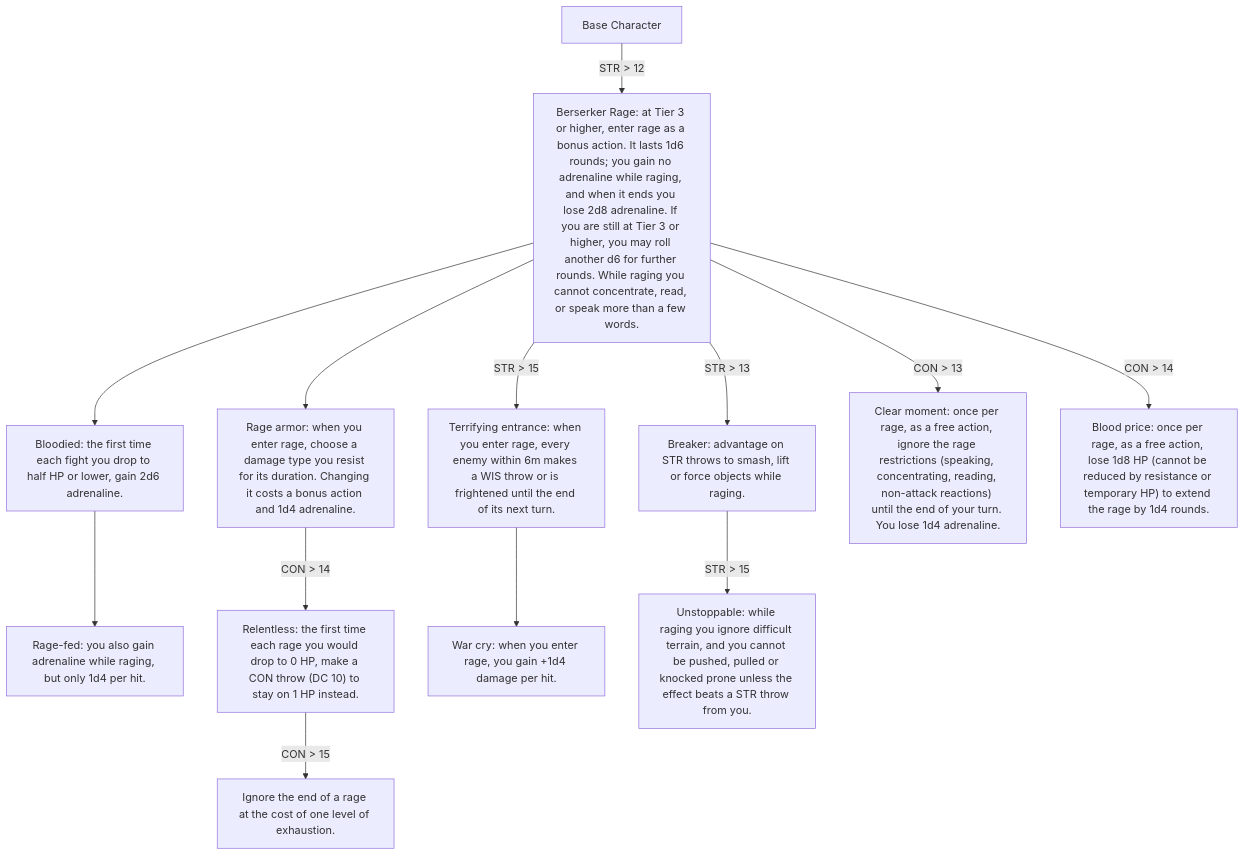
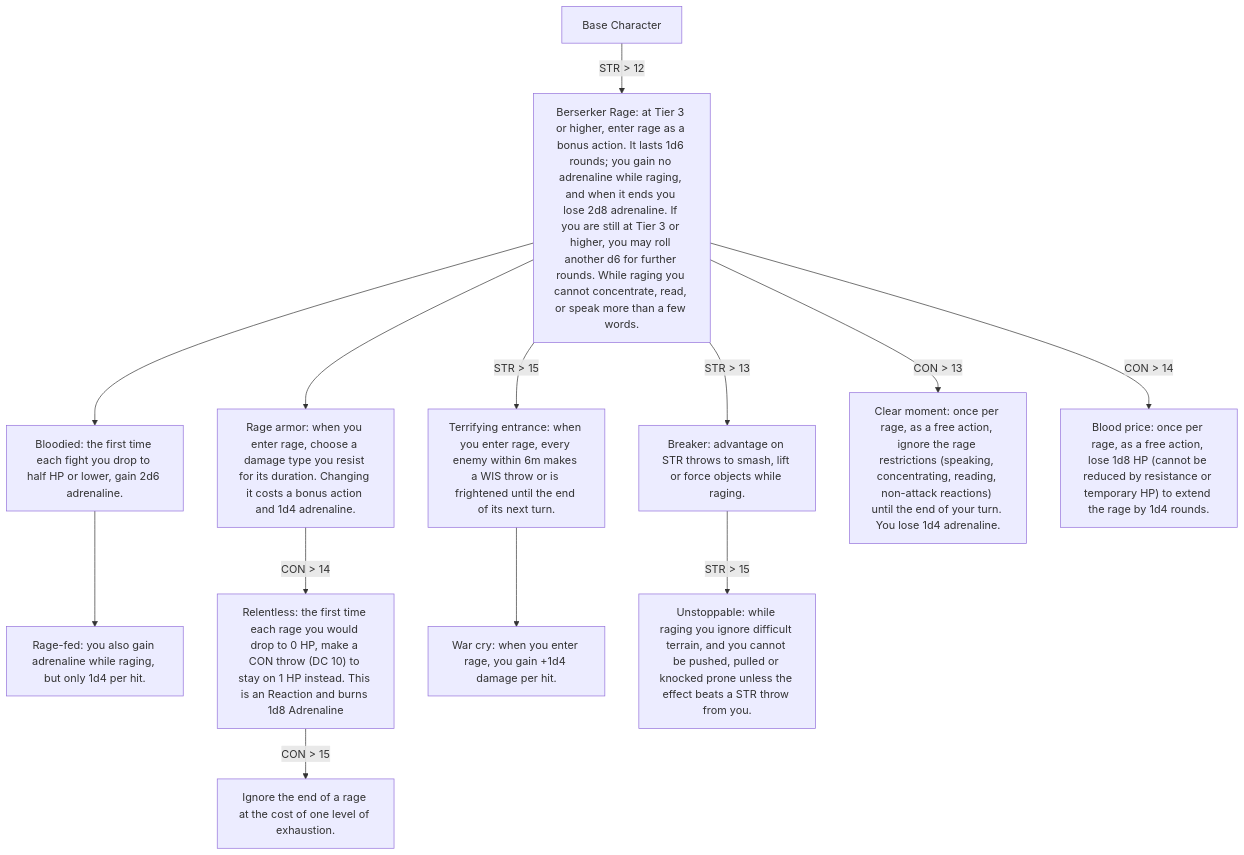
Diagram 16 of 37 in Homebrew/Classes and Races/Classes/Class-Handbook.md (WiIdNeo/DnD-RealismHomeBrew), drawn with Mermaid before and after one commit. The commit also changed other lines of this file and 9 other files, not shown here.

````diff
--- a/Homebrew/Classes and Races/Classes/Class-Handbook.md
+++ b/Homebrew/Classes and Races/Classes/Class-Handbook.md
@@ -497,31 +520,31 @@
 ```mermaid
 flowchart TD
 
 A[Base Character]
 
 1["Berserker Rage: at Tier 3 or higher, enter rage as a bonus action. It lasts 1d6 rounds; you gain no adrenaline while raging, and when it ends you lose 2d8 adrenaline. If you are still at Tier 3 or higher, you may roll another d6 for further rounds. While raging you cannot concentrate, read, or speak more than a few words."]
 3["Rage armor: when you enter rage, choose a damage type you resist for its duration. Changing it costs a bonus action and 1d4 adrenaline."]
 4["Bloodied: the first time each fight you drop to half HP or lower, gain 2d6 adrenaline."]
 5["Rage-fed: you also gain adrenaline while raging, but only 1d4 per hit."]
 6["Terrifying entrance: when you enter rage, every enemy within 6m makes a WIS throw or is frightened until the end of its next turn."]
-7["Relentless: the first time each rage you would drop to 0 HP, make a CON throw (DC 10) to stay on 1 HP instead."]
+7["Relentless: the first time each rage you would drop to 0 HP, make a CON throw (DC 10) to stay on 1 HP instead. This is an Reaction and burns 1d8 Adrenaline"]
 9["Ignore the end of a rage at the cost of one level of exhaustion."]
 10["Breaker: advantage on STR throws to smash, lift or force objects while raging."]
 11["War cry: when you enter rage, you gain +1d4 damage per hit."]
 12["Clear moment: once per rage, as a free action, ignore the rage restrictions (speaking, concentrating, reading, non-attack reactions) until the end of your turn. You lose 1d4 adrenaline."]
 13["Blood price: once per rage, as a free action, lose 1d8 HP (cannot be reduced by resistance or temporary HP) to extend the rage by 1d4 rounds."]
 14["Unstoppable: while raging you ignore difficult terrain, and you cannot be pushed, pulled or knocked prone unless the effect beats a STR throw from you."]
 
 A -->|STR > 12|1
 1 --> 3
 1 --> 4
 4 --> 5
 1 -->|STR > 15|6
 3 -->|CON > 14|7
 7 -->|CON > 15|9
 1 -->|STR > 13|10
 6 --> 11
 1 -->|CON > 13|12
 1 -->|CON > 14|13
 10 -->|STR > 15|14
 ```
````
